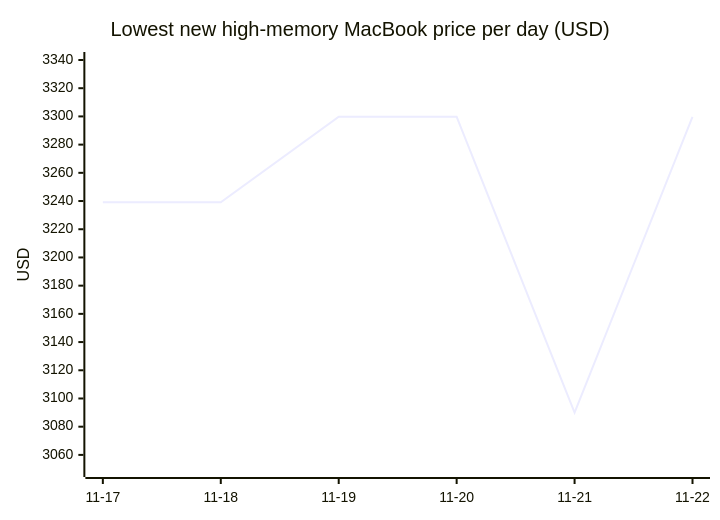
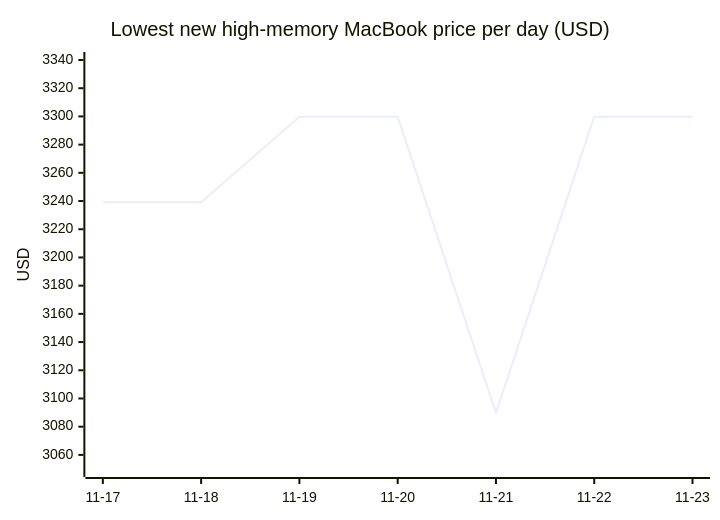
Diagram 17 of 18 in README.md (7324136828/4tb_ssd_price_watch), drawn with Mermaid before and after one commit. The commit also changed other lines of this file, not shown here.

````diff
--- a/README.md
+++ b/README.md
@@ -1449,7 +1517,7 @@
 ```mermaid
 xychart-beta
     title "Lowest new high-memory MacBook price per day (USD)"
-    x-axis ["11-17", "11-18", "11-19", "11-20", "11-21", "11-22"]
+    x-axis ["11-17", "11-18", "11-19", "11-20", "11-21", "11-22", "11-23"]
     y-axis "USD" 3050 --> 3340
-    line [3239.09, 3239.10, 3299.74, 3299.74, 3089.95, 3299.74]
+    line [3239.09, 3239.10, 3299.74, 3299.74, 3089.95, 3299.74, 3299.74]
 ```
````
